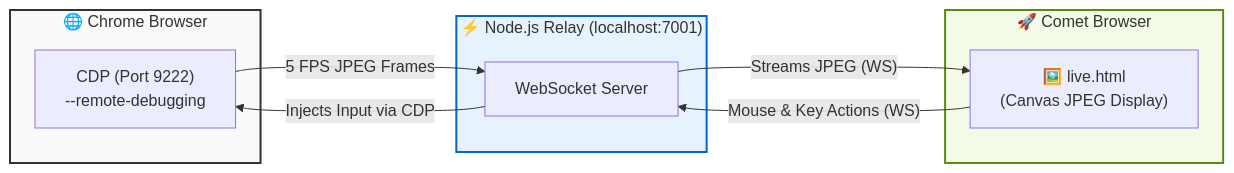
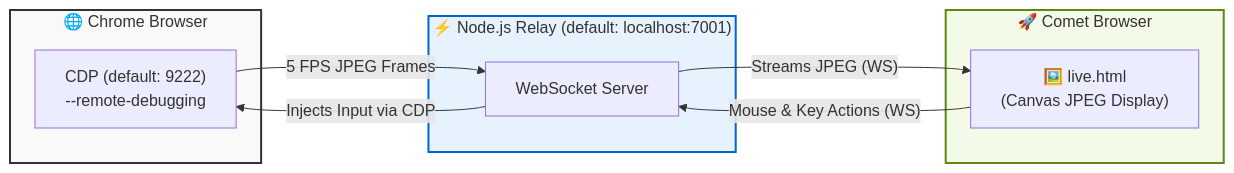
One commit to eonist/pplx-bridge changed the diagram in README.md. Above: the diagram before and after it, drawn with Mermaid. The commit also changed other lines of this file, not shown here.

````diff
--- a/README.md
+++ b/README.md
@@ -43,23 +43,23 @@
 ```mermaid
 flowchart LR
     subgraph Browser ["🌐 Chrome Browser"]
-        CDP["CDP (Port 9222)<br/>--remote-debugging"]
+        CDP["CDP (default: 9222)<br/>--remote-debugging"]
     end
     
-    subgraph Relay ["⚡ Node.js Relay (localhost:7001)"]
+    subgraph Relay ["⚡ Node.js Relay (default: localhost:7001)"]
         WS["WebSocket Server"]
     end
     
     subgraph Viewer ["🚀 Comet Browser"]
         Canvas["🖼️ live.html<br/>(Canvas JPEG Display)"]
     end
     
     CDP -- "5 FPS JPEG Frames" --> WS
     WS -- "Streams JPEG (WS)" --> Canvas
     Canvas -- "Mouse & Key Actions (WS)" --> WS
     WS -- "Injects Input via CDP" --> CDP
     
     style Browser fill:#f9f9f9,stroke:#333,stroke-width:2px
     style Relay fill:#e6f3ff,stroke:#0066cc,stroke-width:2px
     style Viewer fill:#f4fae8,stroke:#5c8a11,stroke-width:2px
 ```
````
